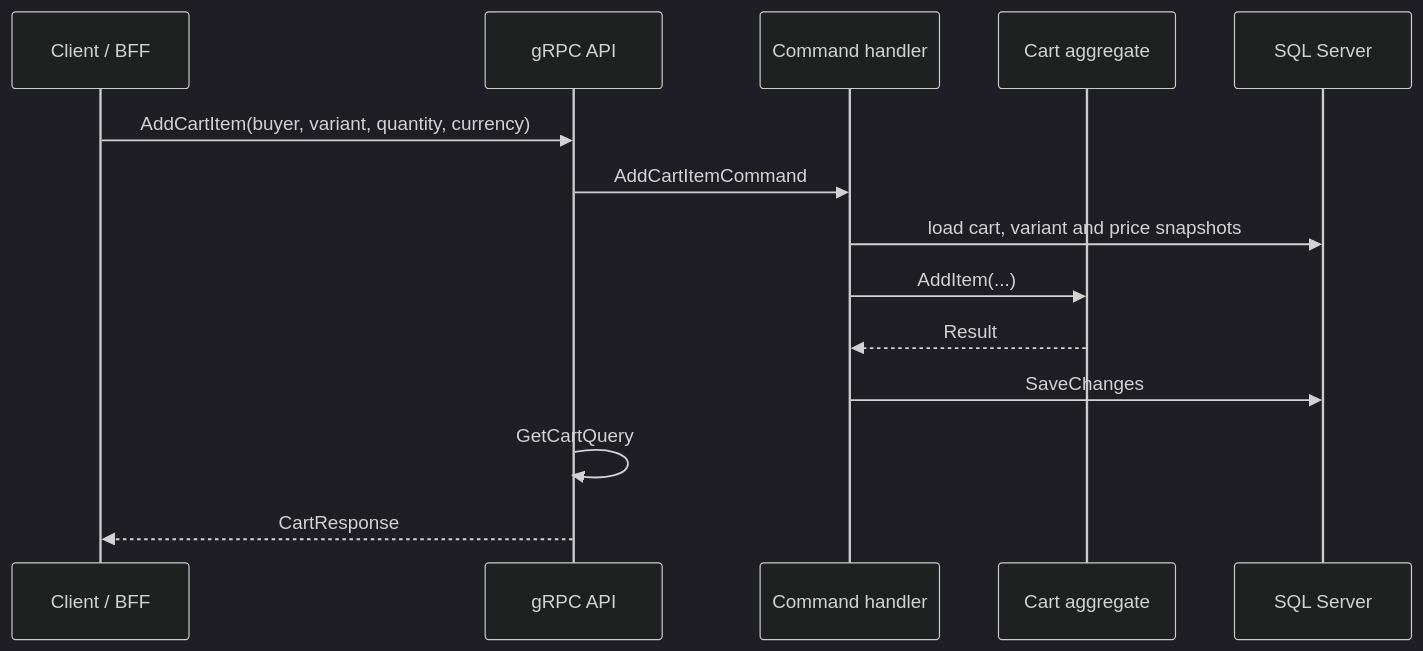
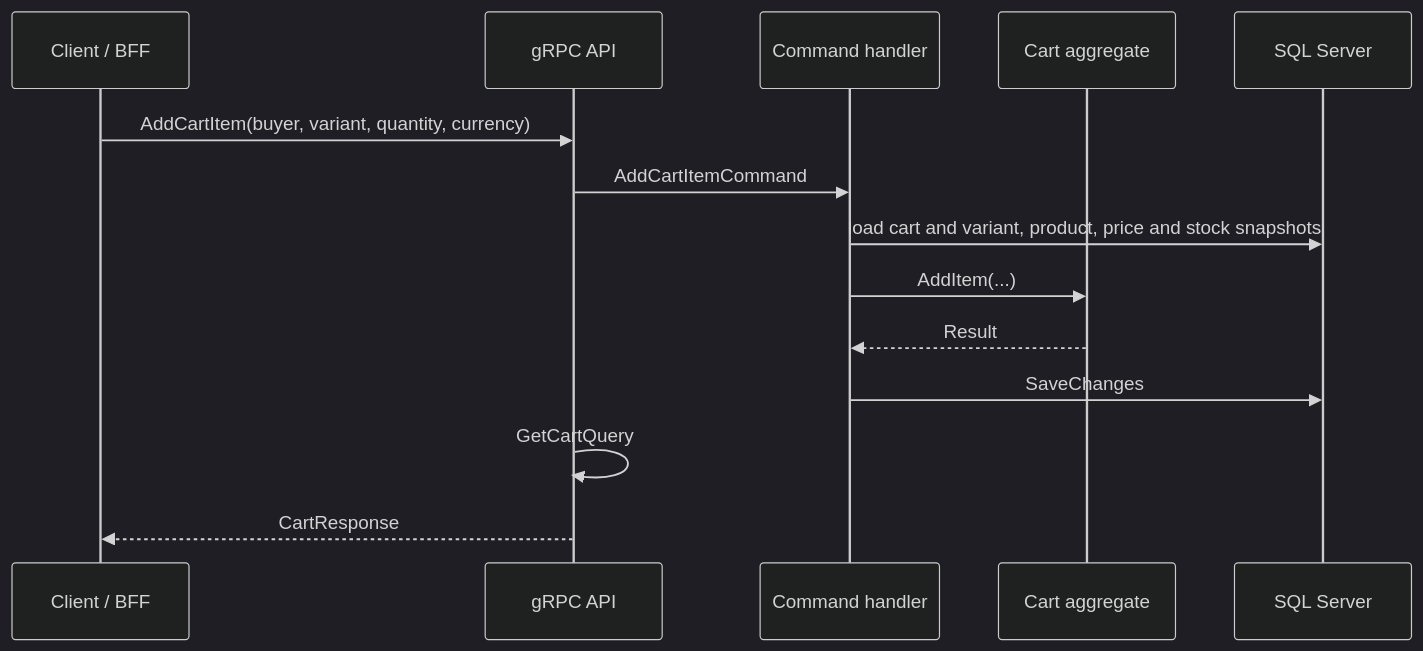
One commit to Fode-afk/CartService changed the third of 3 diagrams in README.md. Above: the diagram before and after it, drawn with Mermaid (dark theme). The commit also changed other lines of this file, not shown here.

First line of the commit message:
Update README to clarify price handling in CartService

````diff
--- a/README.md
+++ b/README.md
@@ -140,17 +135,17 @@
 ```mermaid
 sequenceDiagram
     participant C as Client / BFF
     participant G as gRPC API
     participant H as Command handler
     participant A as Cart aggregate
     participant DB as SQL Server
 
     C->>G: AddCartItem(buyer, variant, quantity, currency)
     G->>H: AddCartItemCommand
-    H->>DB: load cart, variant and price snapshots
+    H->>DB: load cart and variant, product, price and stock snapshots
     H->>A: AddItem(...)
     A-->>H: Result
     H->>DB: SaveChanges
     G->>G: GetCartQuery
     G-->>C: CartResponse
 ```
````
